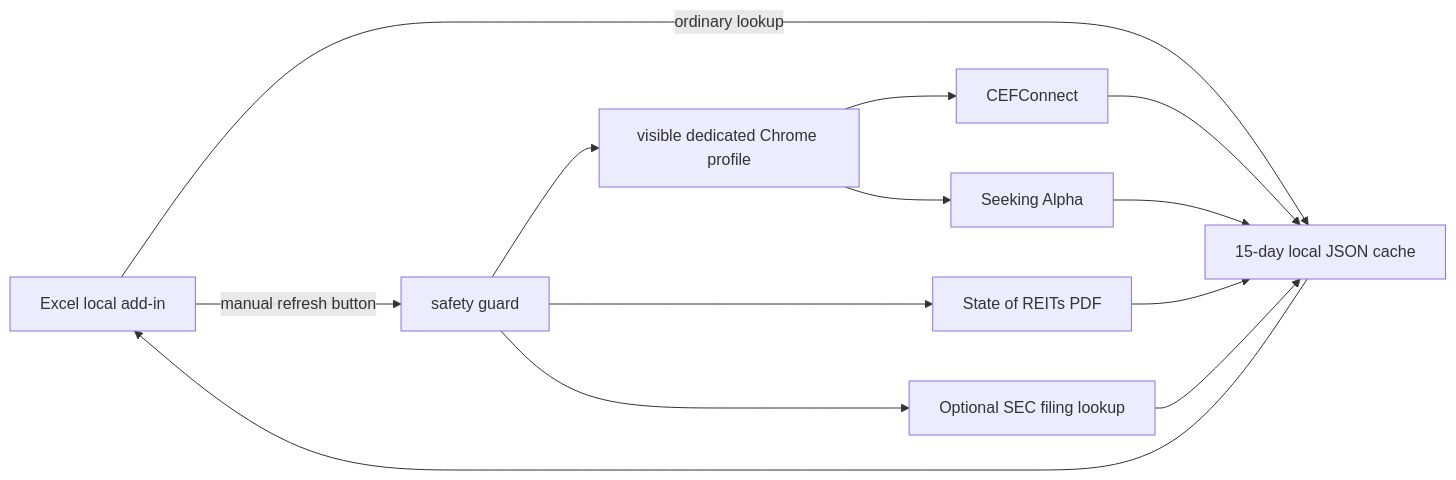
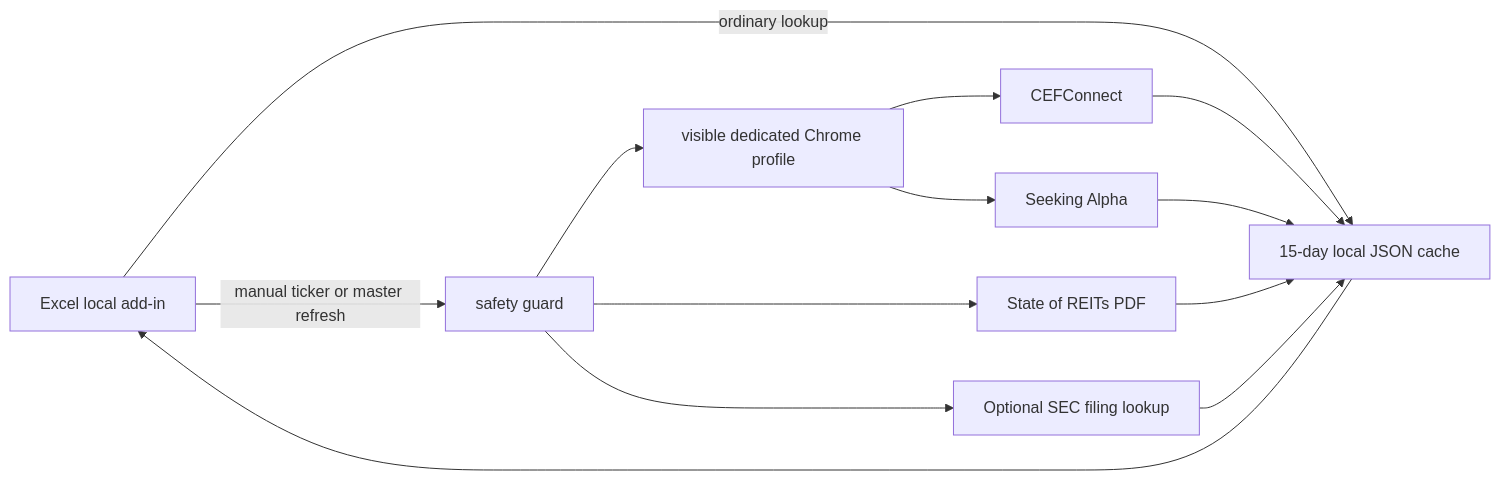
One commit to abigubi/caa-data-local-collector changed the diagram in README.md. Above: the diagram before and after it, drawn with Mermaid. The commit also changed other lines of this file and 11 other files, not shown here.

Commit message:
Add reviewed master cache refresh lists

````diff
--- a/README.md
+++ b/README.md
@@ -43,15 +43,15 @@
 ```mermaid
 flowchart LR
     X["Excel local add-in"] -->|"ordinary lookup"| C["15-day local JSON cache"]
-    X -->|"manual refresh button"| G["safety guard"]
+    X -->|"manual ticker or master refresh"| G["safety guard"]
     G --> B["visible dedicated Chrome profile"]
     B --> CC["CEFConnect"]
     B --> SA["Seeking Alpha"]
     G --> SR["State of REITs PDF"]
     G --> SEC["Optional SEC filing lookup"]
     CC --> C
     SA --> C
     SR --> C
     SEC --> C
     C --> X
 ```
````
